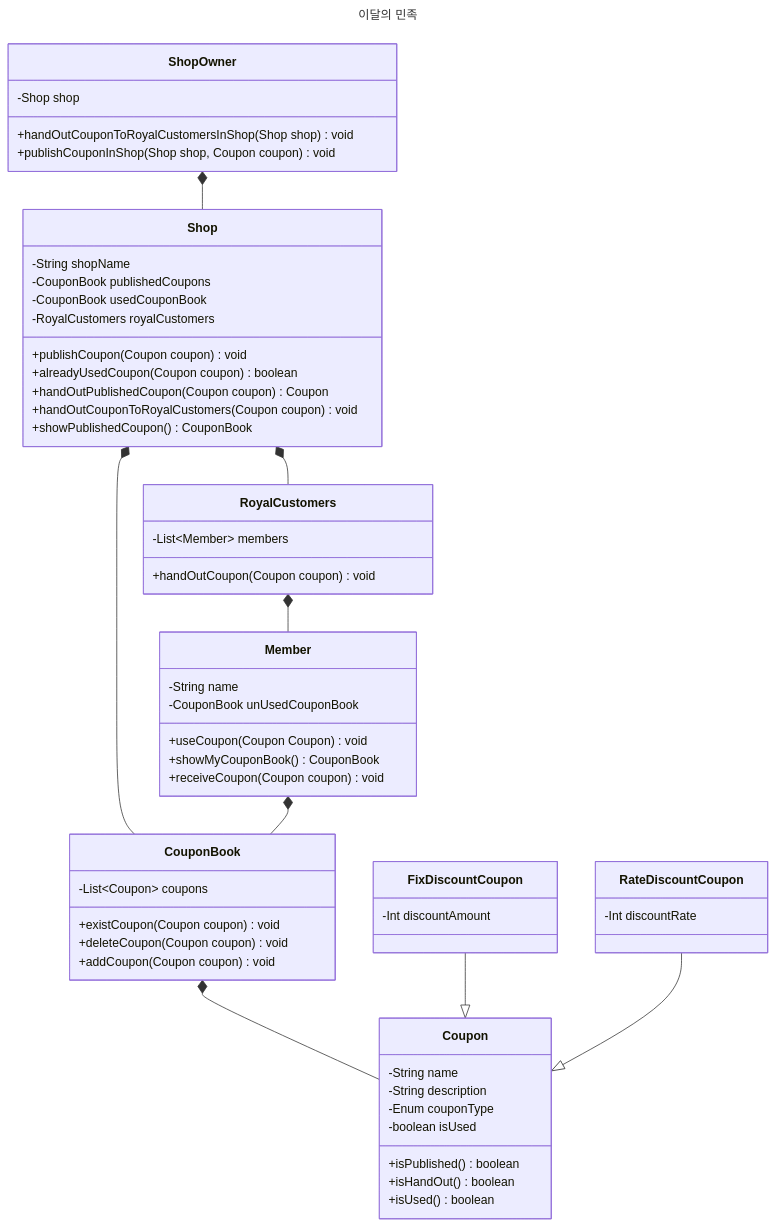
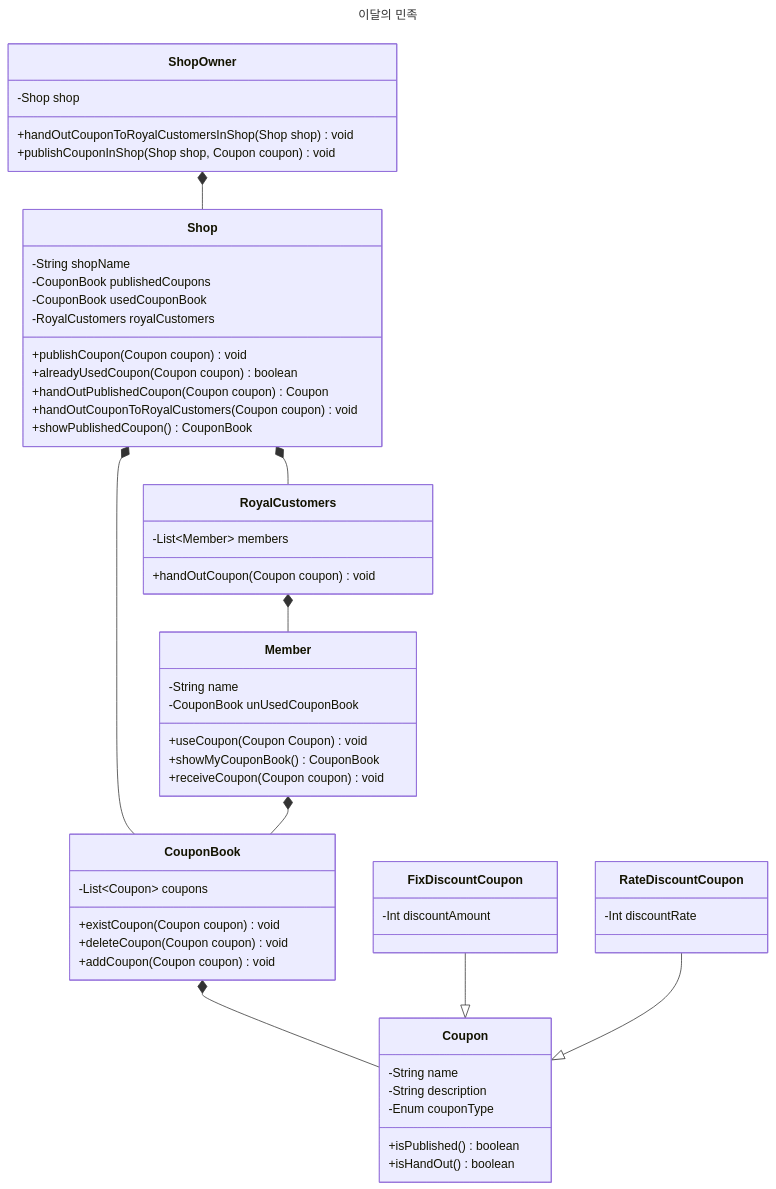
One commit to Exagonal-Study/est-delivery changed the first of 2 diagrams in README.md. Above: the diagram before and after it, drawn with Mermaid.

Commit message:
chore : 필요에 맞는 행위만 추가할 것

````diff
--- a/README.md
+++ b/README.md
@@ -41,71 +41,69 @@
 ```mermaid
 ---
 title: 이달의 민족
 ---
 classDiagram
     Shop *-- CouponBook
     Shop *-- RoyalCustomers
     RoyalCustomers *-- Member
     Member *-- CouponBook
     CouponBook *-- Coupon
     FixDiscountCoupon --|> Coupon
     RateDiscountCoupon --|> Coupon
     ShopOwner *-- Shop
 
     class CouponBook{
 			-List~Coupon~ coupons
 			+existCoupon(Coupon coupon) void
 			+deleteCoupon(Coupon coupon) void
 			+addCoupon(Coupon coupon) void
     }
 
     class Coupon{
 			-String name
 			-String description
 			-Enum couponType
-			-boolean isUsed
 			+isPublished() boolean
 			+isHandOut() boolean
-			+isUsed() boolean
     }
 
     class FixDiscountCoupon{
 			-Int discountAmount
     }
 
     class RateDiscountCoupon{
 			-Int discountRate
     }
 
     class Member{
 			-String name
 			-CouponBook unUsedCouponBook
 			+useCoupon(Coupon Coupon) void
 			+showMyCouponBook() CouponBook
 			+receiveCoupon(Coupon coupon) void
     }
 
 		class ShopOwner{
 			-Shop shop
 			+handOutCouponToRoyalCustomersInShop(Shop shop) void
 			+publishCouponInShop(Shop shop, Coupon coupon) void
 		}
 
 		class Shop{
 			-String shopName
 			-CouponBook publishedCoupons
 			-CouponBook usedCouponBook
 			-RoyalCustomers royalCustomers
 			+publishCoupon(Coupon coupon) void
 			+alreadyUsedCoupon(Coupon coupon) boolean
 			+handOutPublishedCoupon(Coupon coupon) Coupon
 			+handOutCouponToRoyalCustomers(Coupon coupon) void
 			+showPublishedCoupon() CouponBook
 		}
 
 		class RoyalCustomers{
 			-List~Member~ members
 			+handOutCoupon(Coupon coupon) void
 		}
 
 ```
````
